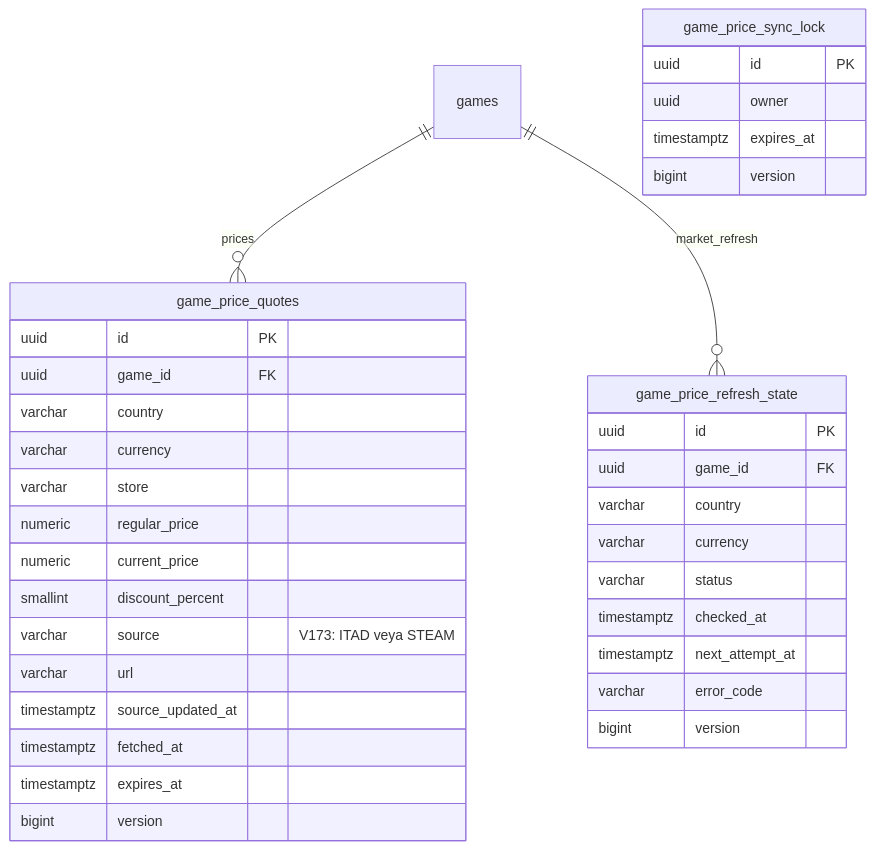
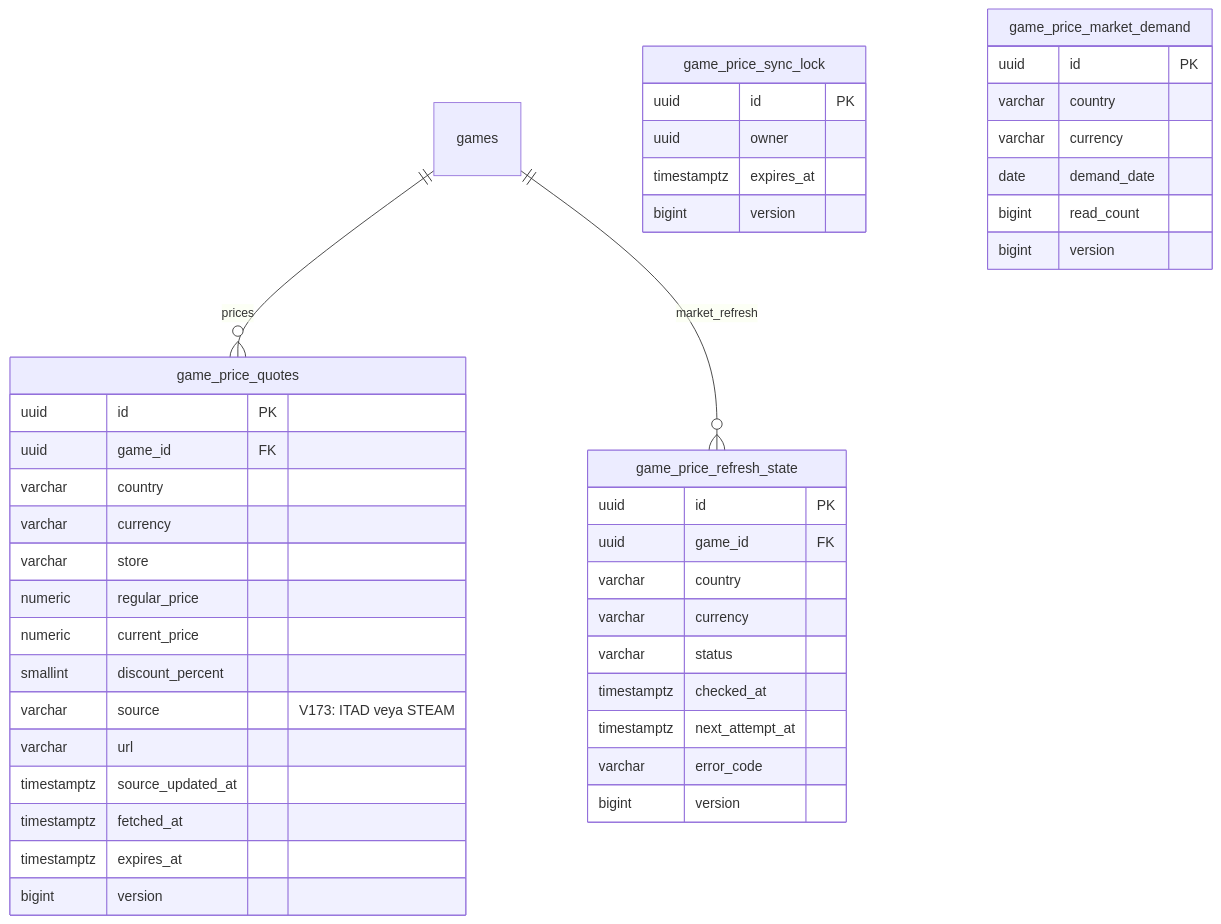
One commit to alperrte/lobbytwozero changed the fifth of 32 diagrams in docs/er-diagram.md. Above: the diagram before and after it, drawn with Mermaid. The commit also changed 5 other files, not shown here.

````diff
--- a/docs/er-diagram.md
+++ b/docs/er-diagram.md
@@ -281,38 +281,46 @@
 ```mermaid
 erDiagram
   games ||--o{ game_price_quotes : prices
   games ||--o{ game_price_refresh_state : market_refresh
   game_price_quotes {
     uuid id PK
     uuid game_id FK
     varchar country
     varchar currency
     varchar store
     numeric regular_price
     numeric current_price
     smallint discount_percent
     varchar source "V173: ITAD veya STEAM"
     varchar url
     timestamptz source_updated_at
     timestamptz fetched_at
     timestamptz expires_at
     bigint version
   }
   game_price_refresh_state {
     uuid id PK
     uuid game_id FK
     varchar country
     varchar currency
     varchar status
     timestamptz checked_at
     timestamptz next_attempt_at
     varchar error_code
     bigint version
   }
   game_price_sync_lock {
     uuid id PK
     uuid owner
     timestamptz expires_at
     bigint version
   }
+  game_price_market_demand {
+    uuid id PK
+    varchar country
+    varchar currency
+    date demand_date
+    bigint read_count
+    bigint version
+  }
 ```
````
